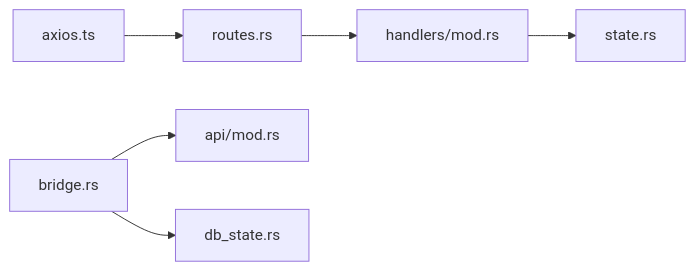
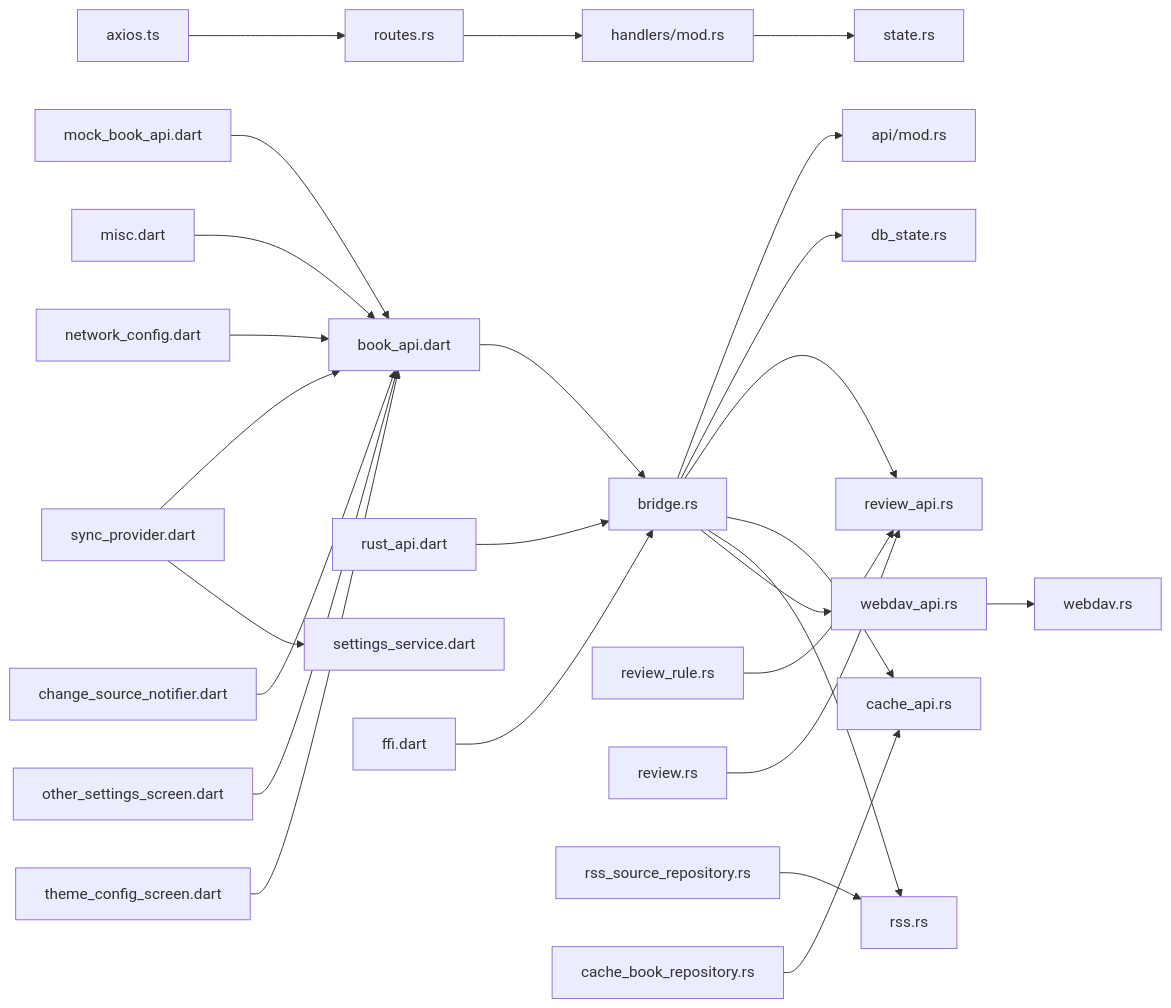
Diagram 17 of 17 in .qoder/repowiki/zh/content/API参考/API参考.md (ZhangGHGitHub/LegadoTeamFlutter), drawn with Mermaid before and after one commit. The commit also changed other lines of this file and 173 other files, not shown here.

````diff
--- a/.qoder/repowiki/zh/content/API参考/API参考.md
+++ b/.qoder/repowiki/zh/content/API参考/API参考.md
@@ -292,8 +1006,28 @@
 ```mermaid
 graph LR
 Routes["routes.rs"] --> Handlers["handlers/mod.rs"]
 Handlers --> State["state.rs"]
 FFI["bridge.rs"] --> API["api/mod.rs"]
 FFI --> DBState["db_state.rs"]
+FFI --> ReviewAPI["review_api.rs"]
+FFI --> CacheAPI["cache_api.rs"]
+FFI --> RSSAPI["rss.rs"]
+FFI --> WebDAVAPI["webdav_api.rs"]
+WebDAVAPI --> NetWebDAV["webdav.rs"]
+FlutterService["book_api.dart"] --> FFI
+MockService["mock_book_api.dart"] --> FlutterService
+RustWrapper["rust_api.dart"] --> FFI
+SyncProvider["sync_provider.dart"] --> FlutterService
+SyncProvider --> SettingsService["settings_service.dart"]
 Web["axios.ts"] --> Routes
+FFIDart["ffi.dart"] --> FFI
+DictModel["misc.dart"] --> FlutterService
+NetConfig["network_config.dart"] --> FlutterService
+ReviewRule["review_rule.rs"] --> ReviewAPI
+ChapterReview["review.rs"] --> ReviewAPI
+RssSourceRepo["rss_source_repository.rs"] --> RSSAPI
+CacheBookRepo["cache_book_repository.rs"] --> CacheAPI
+ChangeSourceNotifier["change_source_notifier.dart"] --> FlutterService
+OtherSettings["other_settings_screen.dart"] --> FlutterService
+ThemeConfig["theme_config_screen.dart"] --> FlutterService
 ```
````
